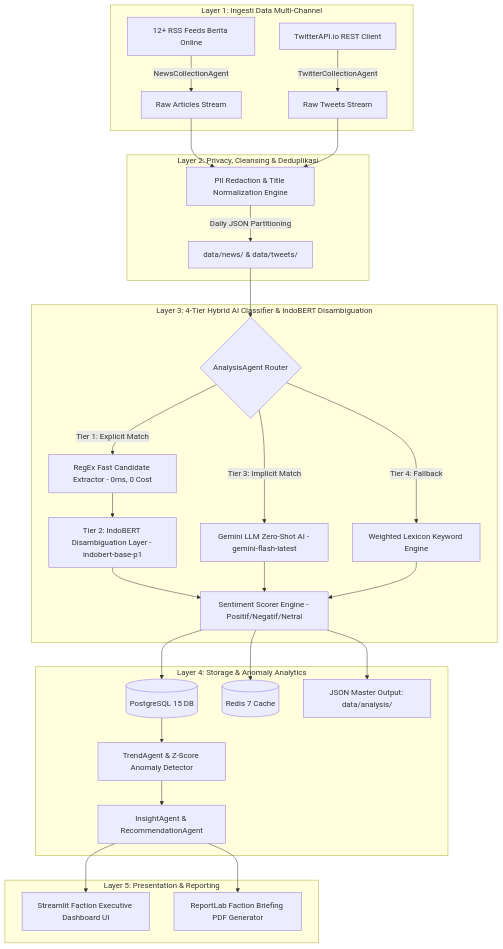
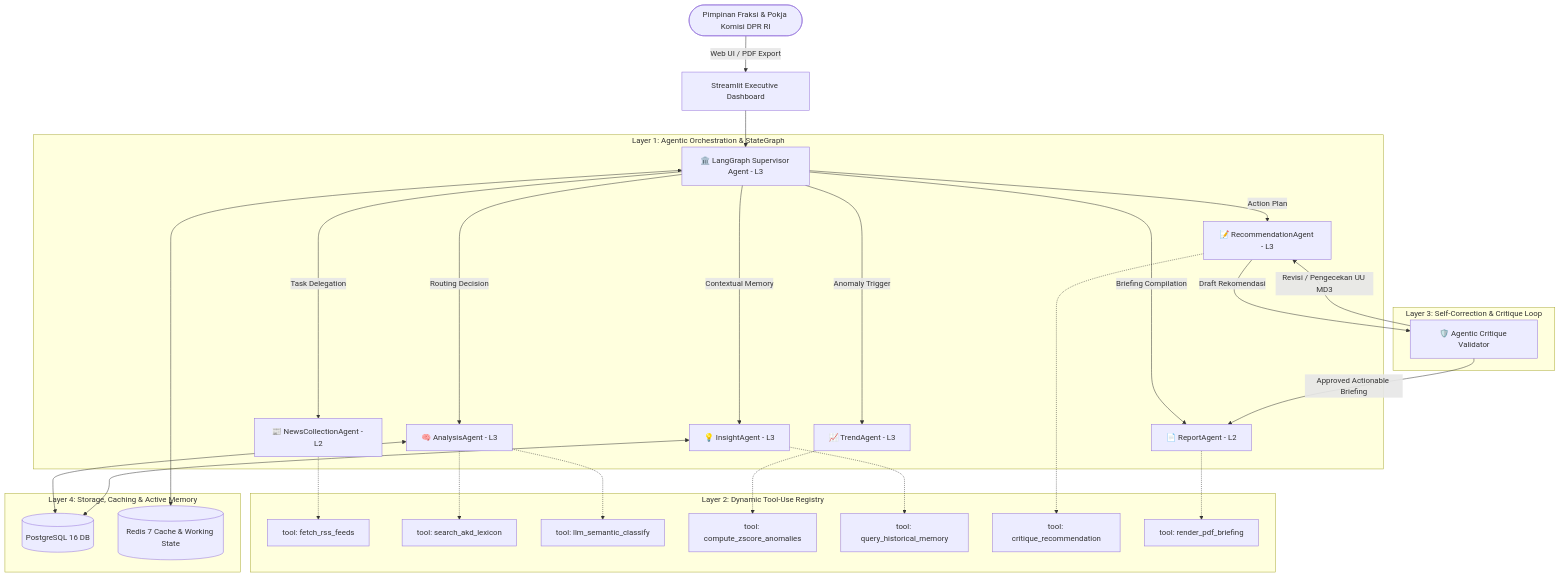
One commit to BertrandOscarSaputra/dpr-agentic-ai changed the first of 4 diagrams in docs/FULL_PROPOSAL_GUIDE.md. Above: the diagram before and after it, drawn with Mermaid. The commit also changed other lines of this file and 53 other files, not shown here.

Commit message:
feat: implement agentic dashboard system with Gemini integration and structured data analysis pipeline

````diff
--- a/docs/FULL_PROPOSAL_GUIDE.md
+++ b/docs/FULL_PROPOSAL_GUIDE.md
@@ -107,39 +107,44 @@
 ```mermaid
-flowchart TD
-    subgraph Data_Ingestion [Layer 1: Ingesti Data Multi-Channel]
-        A1[12+ RSS Feeds Berita Online] -->|NewsCollectionAgent| B1[Raw Articles Stream]
-        A2[TwitterAPI.io REST Client] -->|TwitterCollectionAgent| B2[Raw Tweets Stream]
+graph TD
+    User([Pimpinan Fraksi & Pokja Komisi DPR RI]) -->|Web UI / PDF Export| Dashboard[Streamlit Executive Dashboard]
+    Dashboard --> Supervisor[🏛️ LangGraph Supervisor Agent - L3]
+
+    subgraph Orchestration_Layer [Layer 1: Agentic Orchestration & StateGraph]
+        Supervisor -->|Task Delegation| NewsCollector[📰 NewsCollectionAgent - L2]
+        Supervisor -->|Routing Decision| AnalysisAgent[🧠 AnalysisAgent - L3]
+        Supervisor -->|Anomaly Trigger| TrendAgent[📈 TrendAgent - L3]
+        Supervisor -->|Contextual Memory| InsightAgent[💡 InsightAgent - L3]
+        Supervisor -->|Action Plan| RecAgent[📝 RecommendationAgent - L3]
+        Supervisor -->|Briefing Compilation| ReportAgent[📄 ReportAgent - L2]
     end
 
-    subgraph Data_Cleansing [Layer 2: Privacy, Cleansing & Deduplikasi]
-        B1 --> C[PII Redaction & Title Normalization Engine]
-        B2 --> C
-        C -->|Daily JSON Partitioning| D[data/news/ & data/tweets/]
+    subgraph Dynamic_Tool_Registry [Layer 2: Dynamic Tool-Use Registry]
+        T1[tool: fetch_rss_feeds]
+        T2[tool: search_akd_lexicon]
+        T3[tool: llm_semantic_classify]
+        T4[tool: compute_zscore_anomalies]
+        T5[tool: query_historical_memory]
+        T6[tool: critique_recommendation]
+        T7[tool: render_pdf_briefing]
     end
 
-    subgraph AI_Engine [Layer 3: 4-Tier Hybrid AI Classifier & IndoBERT Disambiguation]
-        D --> E{AnalysisAgent Router}
-        E -->|Tier 1: Explicit Match| F1[RegEx Fast Candidate Extractor - 0ms, 0 Cost]
-        F1 --> F1B[Tier 2: IndoBERT Disambiguation Layer - indobert-base-p1]
-        E -->|Tier 3: Implicit Match| F2[Gemini LLM Zero-Shot AI - gemini-flash-latest]
-        E -->|Tier 4: Fallback| F3[Weighted Lexicon Keyword Engine]
-        
-        F1B --> G[Sentiment Scorer Engine - Positif/Negatif/Netral]
-        F2 --> G
-        F3 --> G
+    NewsCollector -.-> T1
+    AnalysisAgent -.-> T2
+    AnalysisAgent -.-> T3
+    TrendAgent -.-> T4
+    InsightAgent -.-> T5
+    RecAgent -.-> T6
+    ReportAgent -.-> T7
+
+    subgraph Critique_Loop [Layer 3: Self-Correction & Critique Loop]
+        RecAgent -->|Draft Rekomendasi| Critic[🛡️ Agentic Critique Validator]
+        Critic -->|Revisi / Pengecekan UU MD3| RecAgent
+        Critic -->|Approved Actionable Briefing| ReportAgent
     end
 
-    subgraph Storage_Analytics [Layer 4: Storage & Anomaly Analytics]
-        G --> H1[(PostgreSQL 15 DB)]
-        G --> H2[(Redis 7 Cache)]
-        G --> H3[JSON Master Output: data/analysis/]
-        
-        H1 --> I[TrendAgent & Z-Score Anomaly Detector]
-        I --> J[InsightAgent & RecommendationAgent]
-    end
-
-    subgraph Presentation [Layer 5: Presentation & Reporting]
-        J --> K1[Streamlit Faction Executive Dashboard UI]
-        J --> K2[ReportLab Faction Briefing PDF Generator]
+    subgraph Storage_Analytics [Layer 4: Storage, Caching & Active Memory]
+        AnalysisAgent <--> DB[(PostgreSQL 16 DB)]
+        InsightAgent <--> DB
+        Supervisor <--> Cache[(Redis 7 Cache & Working State)]
     end
 ```
````
